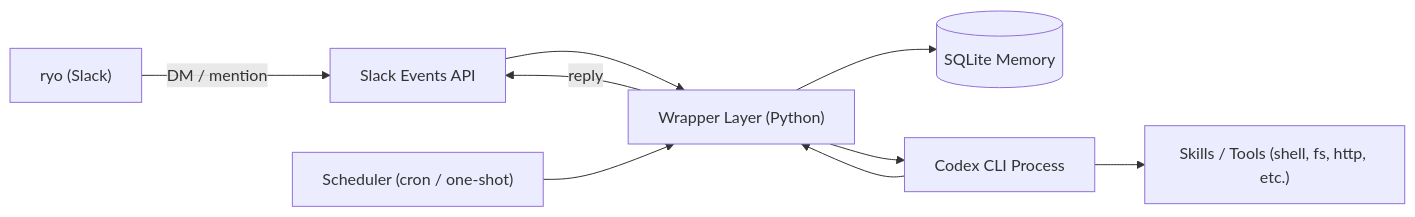
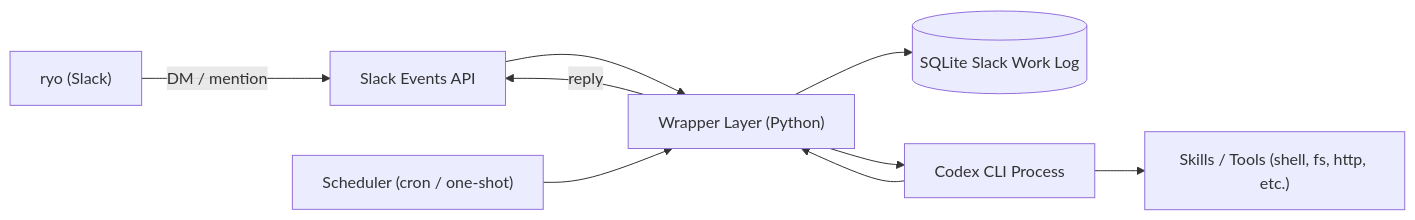
One commit to ryokaneoka0406/robopen-agent-py changed the diagram in documents/designdoc.md. Above: the diagram before and after it, drawn with Mermaid. The commit also changed other lines of this file and 12 other files, not shown here.

````diff
--- a/documents/designdoc.md
+++ b/documents/designdoc.md
@@ -23,11 +23,11 @@
 ```mermaid
 flowchart LR
     User["ryo (Slack)"] -->|DM / mention| SlackAPI["Slack Events API"]
     SlackAPI --> Wrapper["Wrapper Layer (Python)"]
     Scheduler["Scheduler (cron / one-shot)"] --> Wrapper
-    Wrapper --> Memory[("SQLite Memory")]
+    Wrapper --> WorkLog[("SQLite Slack Work Log")]
     Wrapper --> Codex["Codex CLI Process"]
     Codex --> Tools["Skills / Tools (shell, fs, http, etc.)"]
     Codex --> Wrapper
     Wrapper -->|reply| SlackAPI
 ```
````
